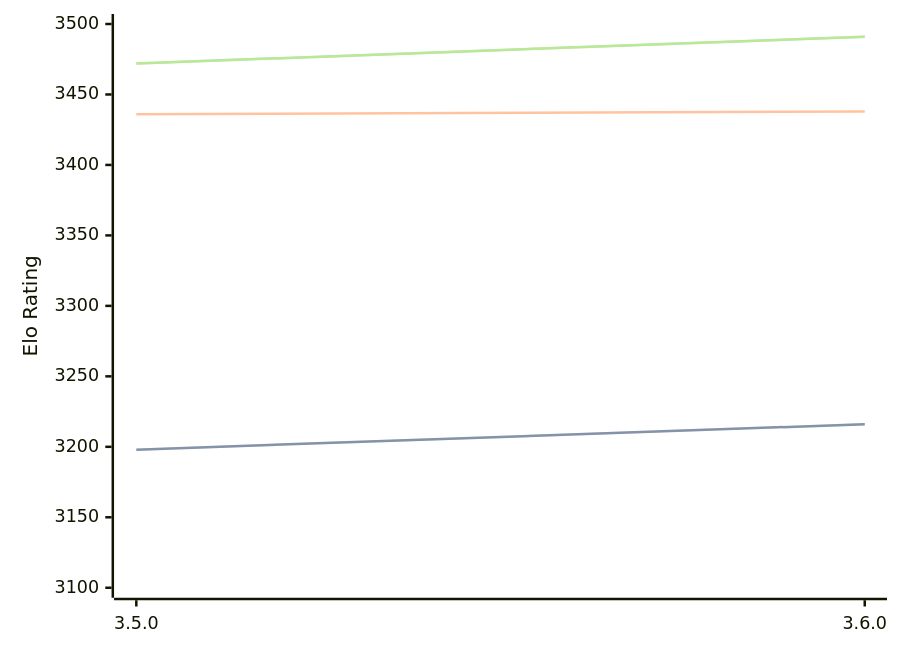
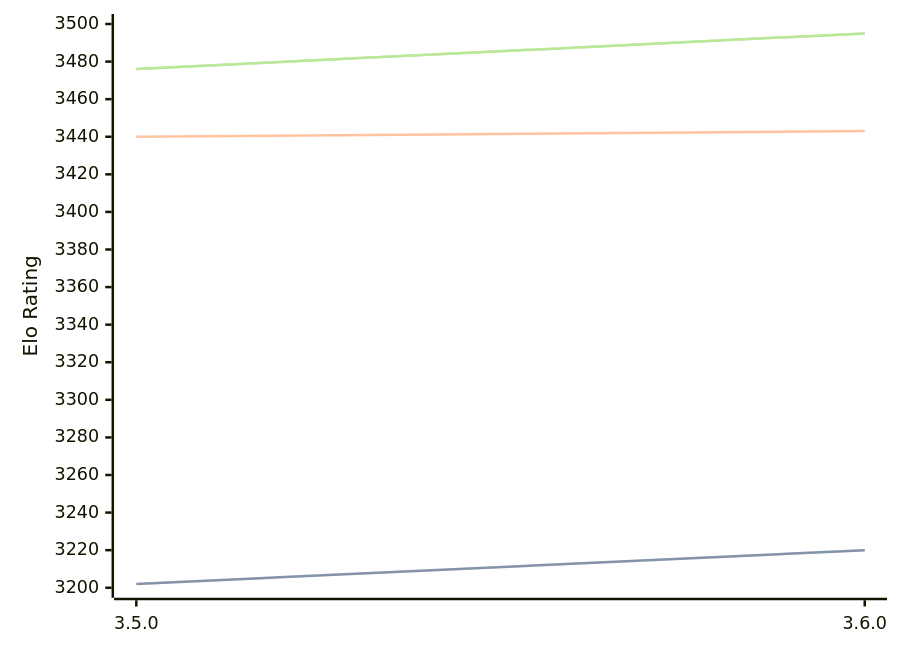
One commit to computer-chess-index/cci changed the diagram in engines/Igel.md. Above: the diagram before and after it, drawn with Mermaid. The commit also changed other lines of this file, not shown here.

Commit message:
Update CCI Ratings (ELO VLTC) - 2026-04-18

````diff
--- a/engines/Igel.md
+++ b/engines/Igel.md
@@ -68,11 +68,11 @@
 ```mermaid
 %%{init: {"theme":"base","themeVariables":{"seriesColors:['#a3a3a3','#222221','#faa371']}}}%%
 xychart-beta
   x-axis ["3.5.0", "3.6.0"]
-  y-axis "Elo Rating" 3100 --> 3500
-  line "STC (8.0+0.08s)" [3198, 3216]
-  line "STC (8.0+0.08s)" [3198, 3216]
-  line "LTC (60.0+0.60s)" [3436, 3438]
-  line "VLTC (2m24s+1.12s)" [3472, 3491]
-  line "VLTC (2m24s+1.12s)" [3472, 3491]
+  y-axis "Elo Rating" 3200 --> 3500
+  line "STC (8.0+0.08s)" [3202, 3220]
+  line "STC (8.0+0.08s)" [3202, 3220]
+  line "LTC (60.0+0.60s)" [3440, 3443]
+  line "VLTC (2m24s+1.12s)" [3476, 3495]
+  line "VLTC (2m24s+1.12s)" [3476, 3495]
 ```
````
